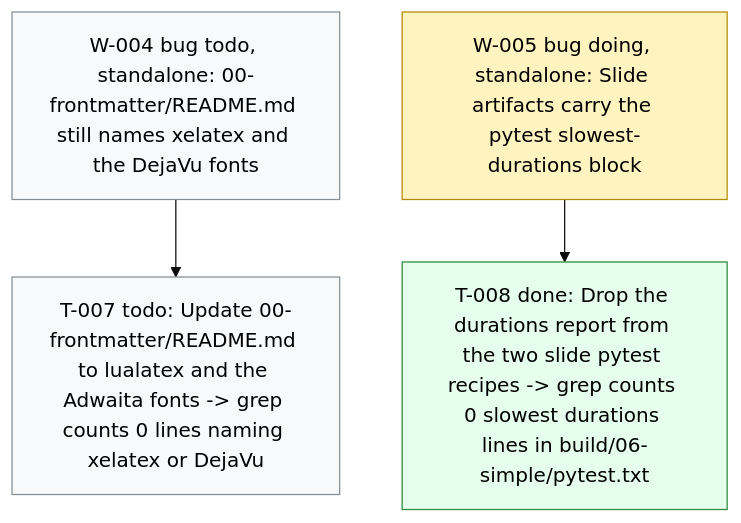
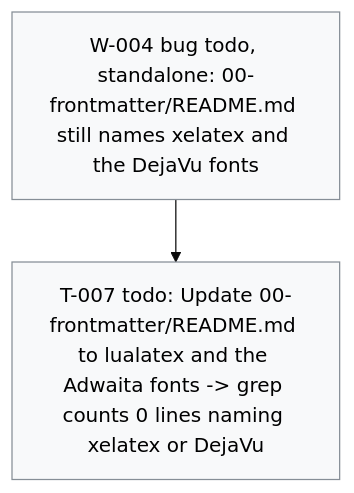
Before and after one commit to dpopchev/chaos-to-simple: the diagram in .board/BOARD.md, drawn with Mermaid (base theme). The commit also changed other lines of this file and 3 other files, not shown here.

````diff
--- a/.board/BOARD.md
+++ b/.board/BOARD.md
@@ -36,15 +41,11 @@
 ```mermaid
 flowchart TD
   W004["W-004 bug todo, standalone: 00-frontmatter/README.md still names xelatex and the DejaVu fonts"]
   W004 --> T007["T-007 todo: Update 00-frontmatter/README.md to lualatex and the Adwaita fonts -> grep counts 0 lines naming xelatex or DejaVu"]
-  W005["W-005 bug doing, standalone: Slide artifacts carry the pytest slowest-durations block"]
-  W005 --> T008["T-008 done: Drop the durations report from the two slide pytest recipes -> grep counts 0 slowest durations lines in build/06-simple/pytest.txt"]
   classDef doing fill:#fff3bf,stroke:#b58900,color:#000;
   classDef blocked fill:#ffe3e3,stroke:#c92a2a,color:#000;
   classDef done fill:#e6ffed,stroke:#2b8a3e,color:#000;
   classDef todo fill:#f8f9fa,stroke:#868e96,color:#000;
   classDef pruned fill:#f1f3f5,stroke:#adb5bd,color:#000;
-  class W005 doing
-  class T008 done
   class W004,T007 todo
 ```
````
